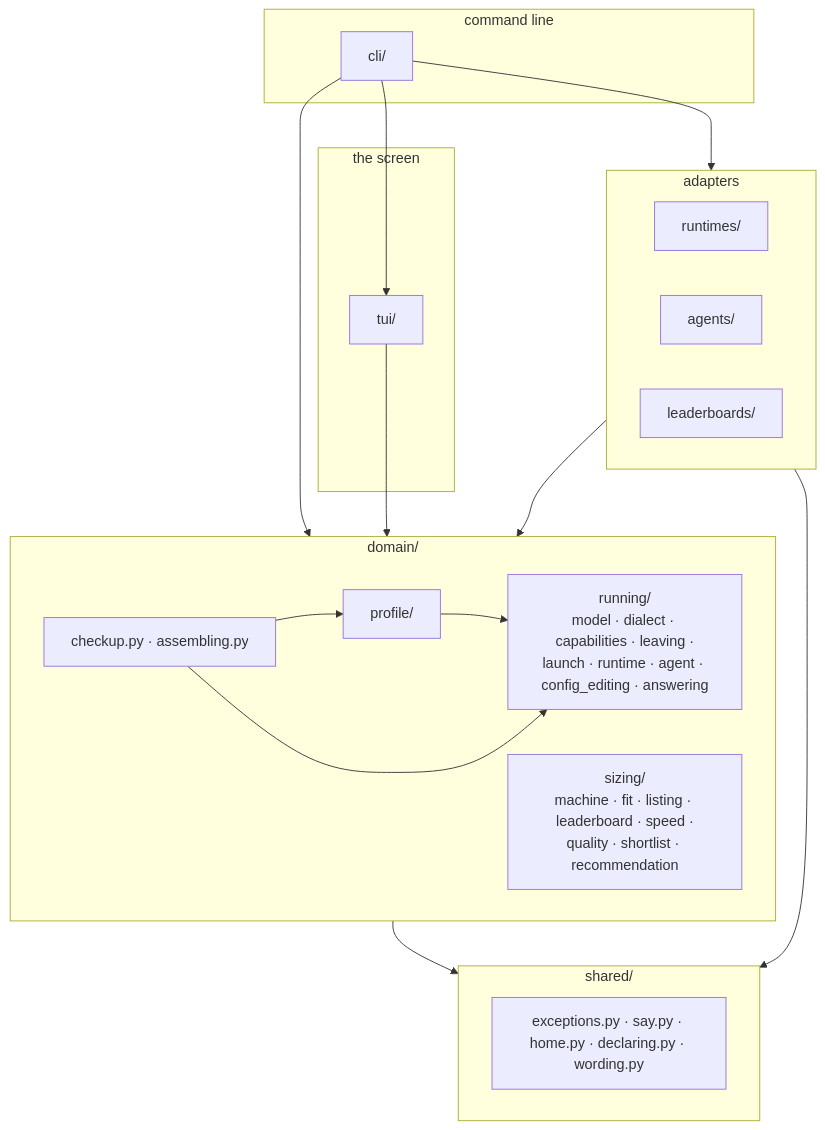
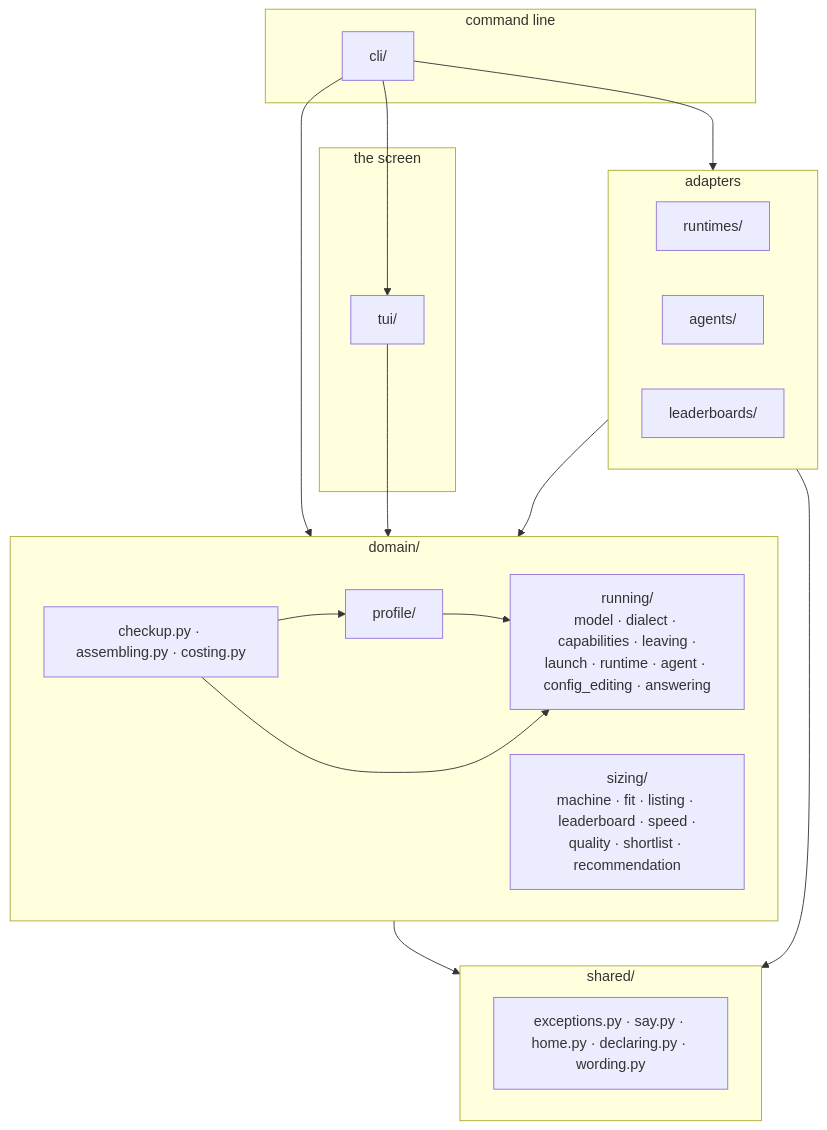
Before and after one commit to pvardanis/offgrid: the first of 3 diagrams in docs/architecture.md, drawn with Mermaid. The commit also changed other lines of this file and 4 other files, not shown here.

````diff
--- a/docs/architecture.md
+++ b/docs/architecture.md
@@ -13,34 +13,34 @@
 ```mermaid
 flowchart TD
     subgraph cmd [command line]
         cli["cli/"]
     end
     subgraph screen [the screen]
         tui["tui/"]
     end
     subgraph adapters [adapters]
         rt["runtimes/"]
         ag["agents/"]
         lb["leaderboards/"]
     end
     subgraph domain ["domain/"]
-        checkup["checkup.py · assembling.py"]
+        checkup["checkup.py · assembling.py · costing.py"]
         sizing["sizing/<br/>machine · fit · listing · leaderboard · speed ·<br/>quality · shortlist · recommendation"]
         running["running/<br/>model · dialect · capabilities · leaving ·<br/>launch · runtime · agent · config_editing · answering"]
         profile["profile/"]
     end
     subgraph shared ["shared/"]
         sh["exceptions.py · say.py · home.py · declaring.py · wording.py"]
     end
 
     cli --> adapters
     cli --> domain
     cli --> tui
     tui --> domain
     adapters --> domain
     domain --> shared
     adapters --> shared
     profile --> running
     checkup --> profile
     checkup --> running
 ```
````
